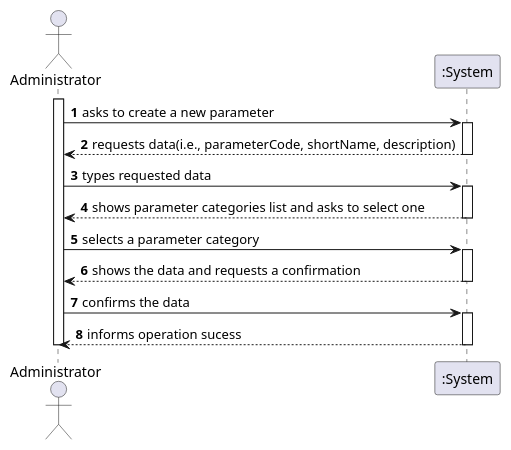
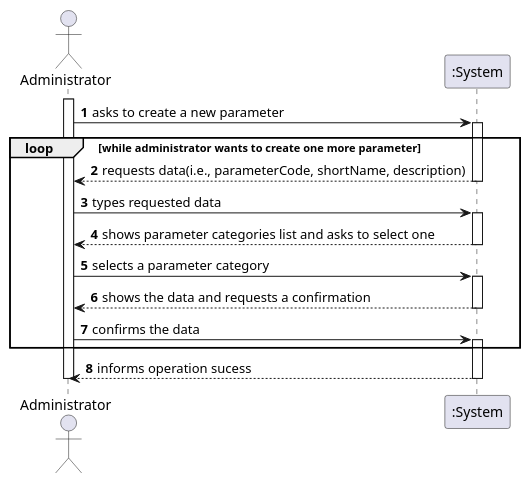
The diagram in docs/SprintB/US_10/US10_SSD.puml (ana-albergaria/LAPR2-ISEP), drawn with PlantUML before and after one commit. The commit also changed 9 other files, not shown here.

```diff
--- a/docs/SprintB/US_10/US10_SSD.puml
+++ b/docs/SprintB/US_10/US10_SSD.puml
@@ -1,28 +1,30 @@
 @startuml
 autonumber
 actor "Administrator" as Adm
 
 activate Adm
 Adm-> ":System" : asks to create a new parameter
 activate ":System"
+loop while administrator wants to create one more parameter
 ":System" --> Adm : requests data(i.e., parameterCode, shortName, description)
 deactivate ":System"
 
 Adm-> ":System" : types requested data
 activate ":System"
 ":System" --> Adm : shows parameter categories list and asks to select one
 deactivate ":System"
 
 Adm-> ":System" : selects a parameter category
 activate ":System"
 ":System" --> Adm : shows the data and requests a confirmation
 deactivate ":System"
 
 Adm-> ":System" : confirms the data
 activate ":System"
+end
 ":System" --> Adm : informs operation sucess
 deactivate ":System"
 
 deactivate Adm
 
 @enduml
```
